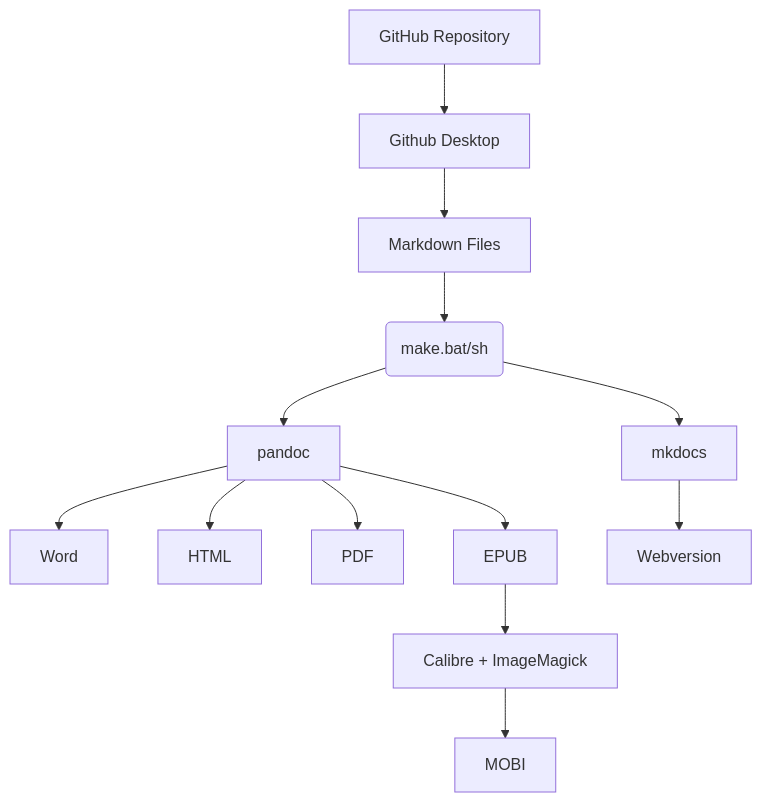
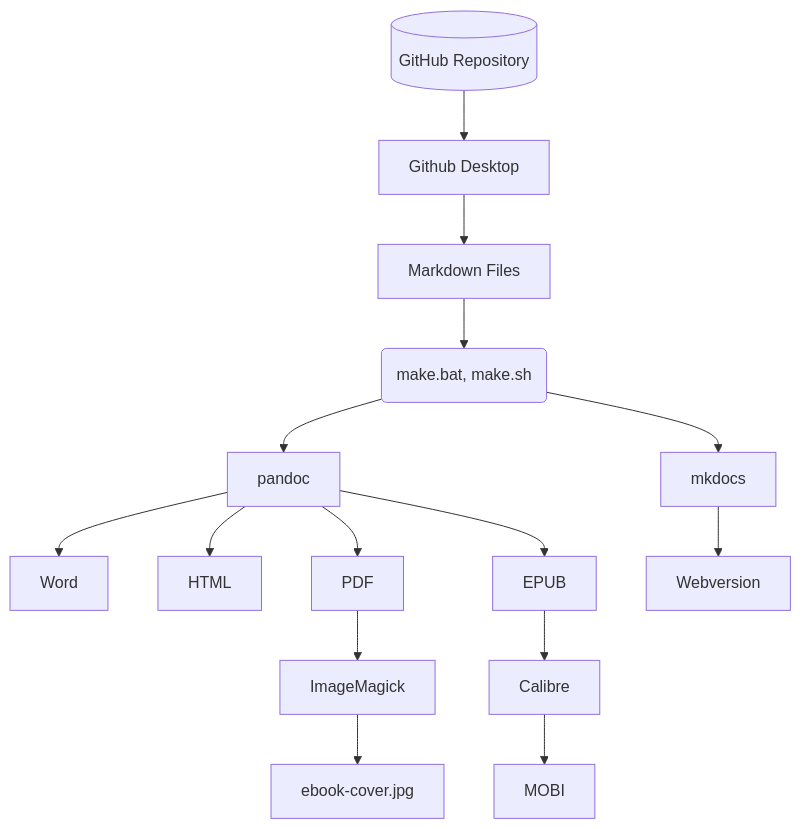
The diagram in de/src/1-5-Produktionskette.md (saertna/lernos-zettelkasten), drawn with Mermaid before and after one commit. The commit also changed other lines of this file and 12 other files, not shown here.

````diff
--- a/de/src/1-5-Produktionskette.md
+++ b/de/src/1-5-Produktionskette.md
@@ -5,14 +7,16 @@
 ```mermaid
 graph TD
-    Z[GitHub Repository] -->Y[Github Desktop] -->A
-    A[Markdown Files] -->B(make.bat/sh)
+    Z[(GitHub Repository)] --> Y[Github Desktop] -->A
+    A[Markdown Files] -->B(make.bat, make.sh)
     B --> C[pandoc]
     C -->D[Word]
     C -->E[HTML]
     C -->F[PDF]
+    F -->L[ImageMagick]
     C -->G[EPUB]
-    G -->H[Calibre + ImageMagick]
+    G -->H[Calibre]
     H -->I[MOBI]
     B -->J[mkdocs]
     J -->K[Webversion]
+    L -->M[ebook-cover.jpg]
 ```
````
